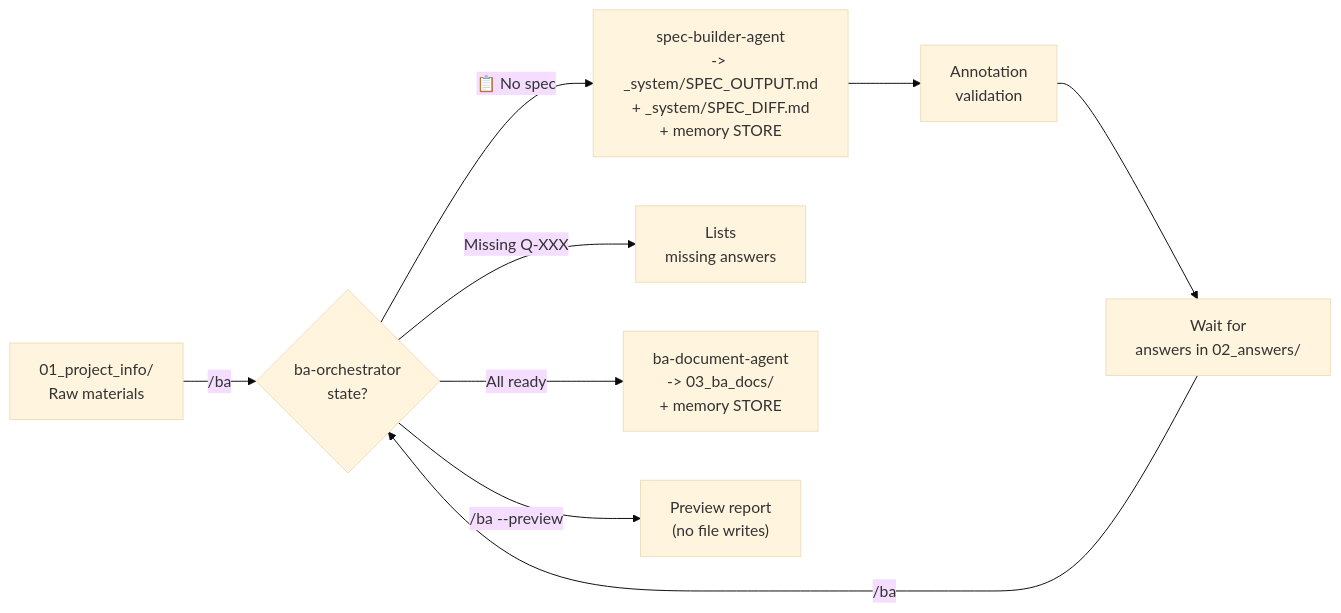
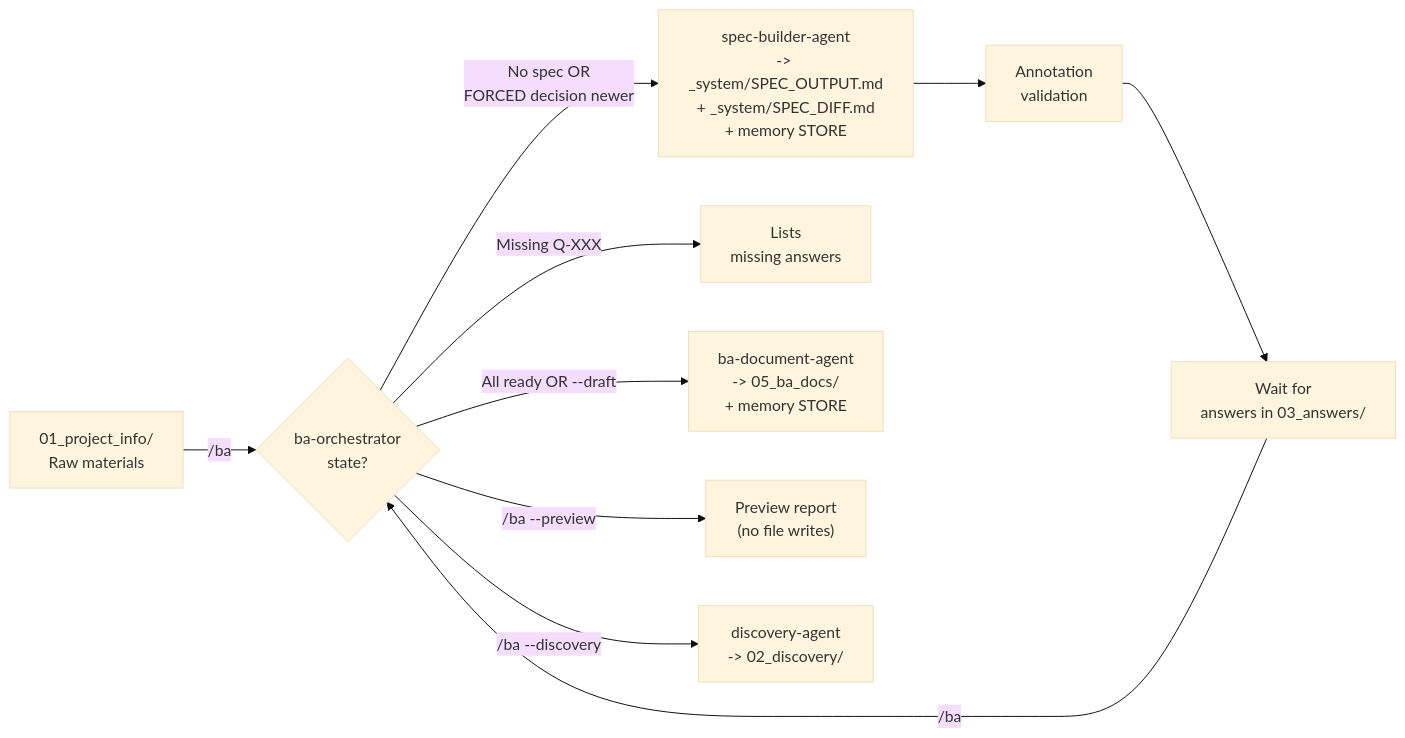
The second of 2 diagrams in AGENTS.md (exphoenee/ba-team-docs), drawn with Mermaid (base theme) before and after one commit. The commit also changed other lines of this file and 35 other files, not shown here.

````diff
--- a/AGENTS.md
+++ b/AGENTS.md
@@ -162,11 +192,12 @@
 ```mermaid
 flowchart LR
     A["01_project_info/\nRaw materials"] -->|"/ba"| B{ba-orchestrator\nstate?}
-    B -->|"📋 No spec"| C["spec-builder-agent\n-> _system/SPEC_OUTPUT.md\n+ _system/SPEC_DIFF.md\n+ memory STORE"]
+    B -->|"No spec OR\nFORCED decision newer"| C["spec-builder-agent\n-> _system/SPEC_OUTPUT.md\n+ _system/SPEC_DIFF.md\n+ memory STORE"]
     C --> D["Annotation\nvalidation"]
-    D --> E["Wait for\nanswers in 02_answers/"]
+    D --> E["Wait for\nanswers in 03_answers/"]
     E -->|"/ba"| B
     B -->|"Missing Q-XXX"| F["Lists\nmissing answers"]
-    B -->|"All ready"| G["ba-document-agent\n-> 03_ba_docs/\n+ memory STORE"]
+    B -->|"All ready OR --draft"| G["ba-document-agent\n-> 05_ba_docs/\n+ memory STORE"]
     B -->|"/ba --preview"| H["Preview report\n(no file writes)"]
+    B -->|"/ba --discovery"| I["discovery-agent\n-> 02_discovery/"]
 ```
````
